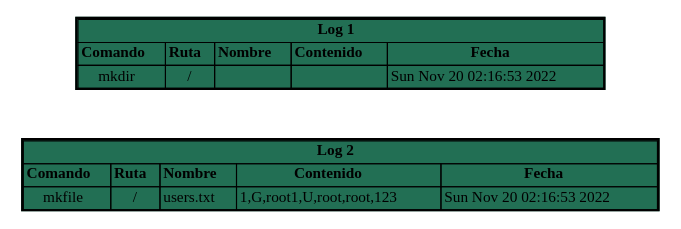
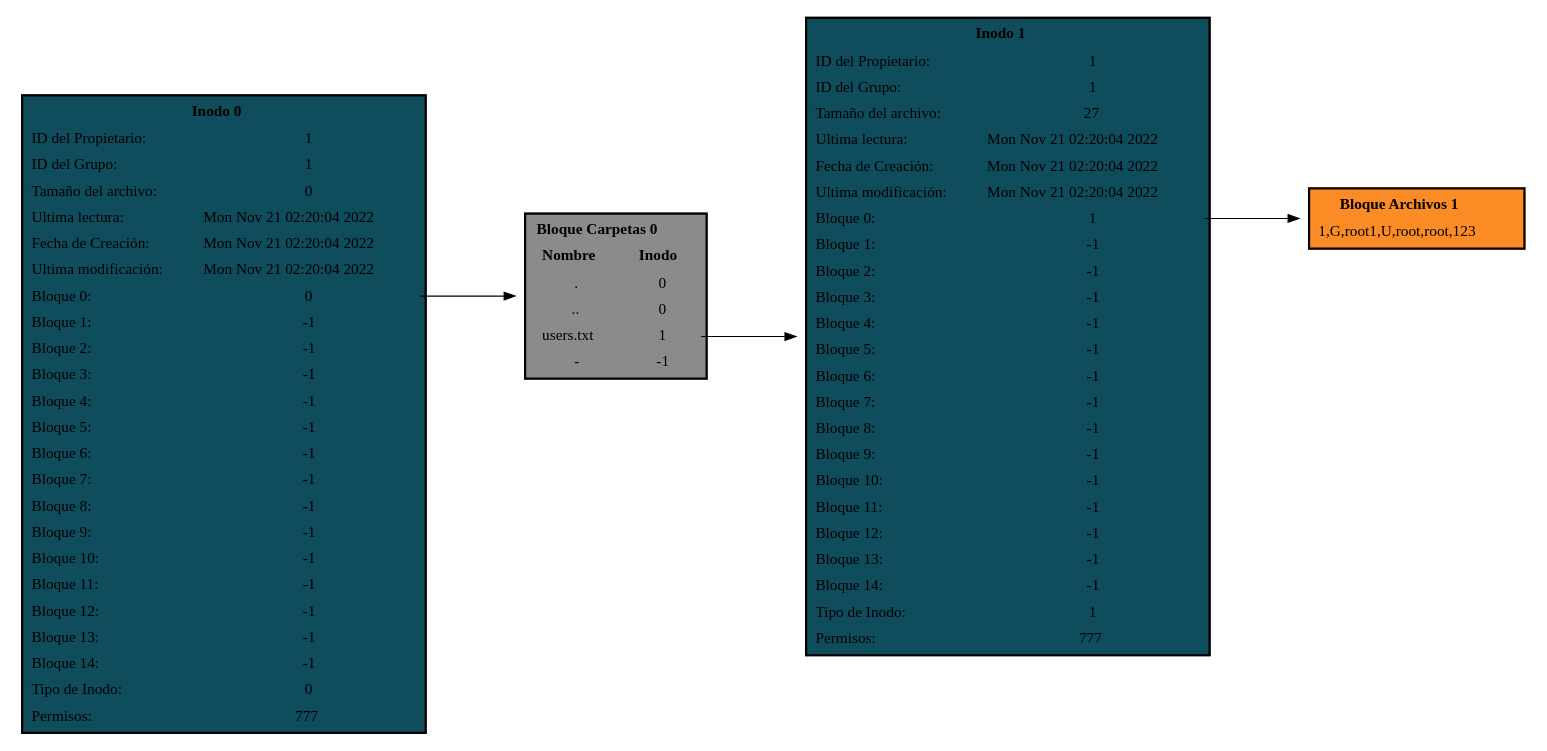
One commit to JJONK19/-MIA-P1_201909035 changed the diagram in grafo.dot. Above: the diagram before and after it, drawn with Graphviz. The commit also changed 4 other files, not shown here.

```diff
--- a/grafo.dot
+++ b/grafo.dot
@@ -1,13 +1,26 @@
 digraph G { 
- rankdir = TB; node[shape = plaintext]; 
-LOG1[ label = <<TABLE BORDER='2' CELLBORDER='1' CELLSPACING='0' BGCOLOR='#226f54'>
-<TR><TD colspan ='5' ><b>Log 1</b></TD></TR>
-<TR><TD><b>Comando</b></TD><TD><b>Ruta</b></TD><TD><b>Nombre</b></TD><TD><b>Contenido</b></TD><TD><b>Fecha</b></TD></TR><TR><TD>mkdir</TD><TD>/</TD><TD></TD><TD></TD><TD>Sun Nov 20 02:16:53 2022
+ rankdir = LR; node[shape = plaintext];
+INODO0[ label = <<TABLE BORDER='2' CELLBORDER='0' CELLSPACING='5' BGCOLOR='#0f4c5c'>
+<TR><TD colspan ='2' ><b>Inodo 0</b></TD></TR>
+<TR><TD Align='left'>ID del Propietario:</TD><TD>1</TD></TR><TR><TD Align='left'>ID del Grupo:</TD><TD>1</TD></TR><TR><TD Align='left'>Tamaño del archivo:</TD><TD>0</TD></TR><TR><TD Align='left'>Ultima lectura:</TD><TD>Mon Nov 21 02:20:04 2022
+</TD></TR><TR><TD Align='left'>Fecha de Creación:</TD><TD>Mon Nov 21 02:20:04 2022
+</TD></TR><TR><TD Align='left'>Ultima modificación:</TD><TD>Mon Nov 21 02:20:04 2022
+</TD></TR><TR><TD Align='left'>Bloque 0:</TD><TD PORT='P0'>0</TD></TR><TR><TD Align='left'>Bloque 1:</TD><TD PORT='P1'>-1</TD></TR><TR><TD Align='left'>Bloque 2:</TD><TD PORT='P2'>-1</TD></TR><TR><TD Align='left'>Bloque 3:</TD><TD PORT='P3'>-1</TD></TR><TR><TD Align='left'>Bloque 4:</TD><TD PORT='P4'>-1</TD></TR><TR><TD Align='left'>Bloque 5:</TD><TD PORT='P5'>-1</TD></TR><TR><TD Align='left'>Bloque 6:</TD><TD PORT='P6'>-1</TD></TR><TR><TD Align='left'>Bloque 7:</TD><TD PORT='P7'>-1</TD></TR><TR><TD Align='left'>Bloque 8:</TD><TD PORT='P8'>-1</TD></TR><TR><TD Align='left'>Bloque 9:</TD><TD PORT='P9'>-1</TD></TR><TR><TD Align='left'>Bloque 10:</TD><TD PORT='P10'>-1</TD></TR><TR><TD Align='left'>Bloque 11:</TD><TD PORT='P11'>-1</TD></TR><TR><TD Align='left'>Bloque 12:</TD><TD PORT='P12'>-1</TD></TR><TR><TD Align='left'>Bloque 13:</TD><TD PORT='P13'>-1</TD></TR><TR><TD Align='left'>Bloque 14:</TD><TD PORT='P14'>-1</TD></TR><TR><TD Align='left'>Tipo de Inodo:</TD><TD>0</TD></TR><TR><TD Align='left'>Permisos:</TD><TD>777</TD></TR></TABLE>>];
+BLOQUE0[ label = <<TABLE BORDER='2' CELLBORDER='0' CELLSPACING='5' BGCOLOR='#8b8c89'>
+<TR><TD colspan ='2' ><b>Bloque Carpetas 0</b></TD></TR>
+<TR><TD><b>Nombre</b></TD><TD><b>Inodo</b></TD></TR><TR><TD>.</TD><TD PORT='P0'>0</TD></TR><TR><TD>..</TD><TD PORT='P1'>0</TD></TR><TR><TD>users.txt</TD><TD PORT='P2'>1</TD></TR><TR><TD>-</TD><TD PORT='P3'>-1</TD></TR></TABLE>>];
+INODO0:P0->BLOQUE0[minlen = 2];
+INODO1[ label = <<TABLE BORDER='2' CELLBORDER='0' CELLSPACING='5' BGCOLOR='#0f4c5c'>
+<TR><TD colspan ='2' ><b>Inodo 1</b></TD></TR>
+<TR><TD Align='left'>ID del Propietario:</TD><TD>1</TD></TR><TR><TD Align='left'>ID del Grupo:</TD><TD>1</TD></TR><TR><TD Align='left'>Tamaño del archivo:</TD><TD>27</TD></TR><TR><TD Align='left'>Ultima lectura:</TD><TD>Mon Nov 21 02:20:04 2022
+</TD></TR><TR><TD Align='left'>Fecha de Creación:</TD><TD>Mon Nov 21 02:20:04 2022
+</TD></TR><TR><TD Align='left'>Ultima modificación:</TD><TD>Mon Nov 21 02:20:04 2022
+</TD></TR><TR><TD Align='left'>Bloque 0:</TD><TD PORT='P0'>1</TD></TR><TR><TD Align='left'>Bloque 1:</TD><TD PORT='P1'>-1</TD></TR><TR><TD Align='left'>Bloque 2:</TD><TD PORT='P2'>-1</TD></TR><TR><TD Align='left'>Bloque 3:</TD><TD PORT='P3'>-1</TD></TR><TR><TD Align='left'>Bloque 4:</TD><TD PORT='P4'>-1</TD></TR><TR><TD Align='left'>Bloque 5:</TD><TD PORT='P5'>-1</TD></TR><TR><TD Align='left'>Bloque 6:</TD><TD PORT='P6'>-1</TD></TR><TR><TD Align='left'>Bloque 7:</TD><TD PORT='P7'>-1</TD></TR><TR><TD Align='left'>Bloque 8:</TD><TD PORT='P8'>-1</TD></TR><TR><TD Align='left'>Bloque 9:</TD><TD PORT='P9'>-1</TD></TR><TR><TD Align='left'>Bloque 10:</TD><TD PORT='P10'>-1</TD></TR><TR><TD Align='left'>Bloque 11:</TD><TD PORT='P11'>-1</TD></TR><TR><TD Align='left'>Bloque 12:</TD><TD PORT='P12'>-1</TD></TR><TR><TD Align='left'>Bloque 13:</TD><TD PORT='P13'>-1</TD></TR><TR><TD Align='left'>Bloque 14:</TD><TD PORT='P14'>-1</TD></TR><TR><TD Align='left'>Tipo de Inodo:</TD><TD>1</TD></TR><TR><TD Align='left'>Permisos:</TD><TD>777</TD></TR></TABLE>>];
+BLOQUE0:P2->INODO1[minlen = 2];
+BLOQUE1[ label = <<TABLE BORDER='2' CELLBORDER='0' CELLSPACING='5' BGCOLOR='#fb8b24'>
+<TR><TD><b>Bloque Archivos 1</b></TD></TR>
+<TR><TD>1,G,root
+1,U,root,root,123
 </TD></TR></TABLE>>];
-LOG2[ label = <<TABLE BORDER='2' CELLBORDER='1' CELLSPACING='0' BGCOLOR='#226f54'>
-<TR><TD colspan ='5' ><b>Log 2</b></TD></TR>
-<TR><TD><b>Comando</b></TD><TD><b>Ruta</b></TD><TD><b>Nombre</b></TD><TD><b>Contenido</b></TD><TD><b>Fecha</b></TD></TR><TR><TD>mkfile</TD><TD>/</TD><TD>users.txt</TD><TD>1,G,root
-1,U,root,root,123
-</TD><TD>Sun Nov 20 02:16:53 2022
-</TD></TR></TABLE>>];
-LOG1->LOG2[color = white]}
+INODO1:P0->BLOQUE1[minlen = 2];
+}
```
